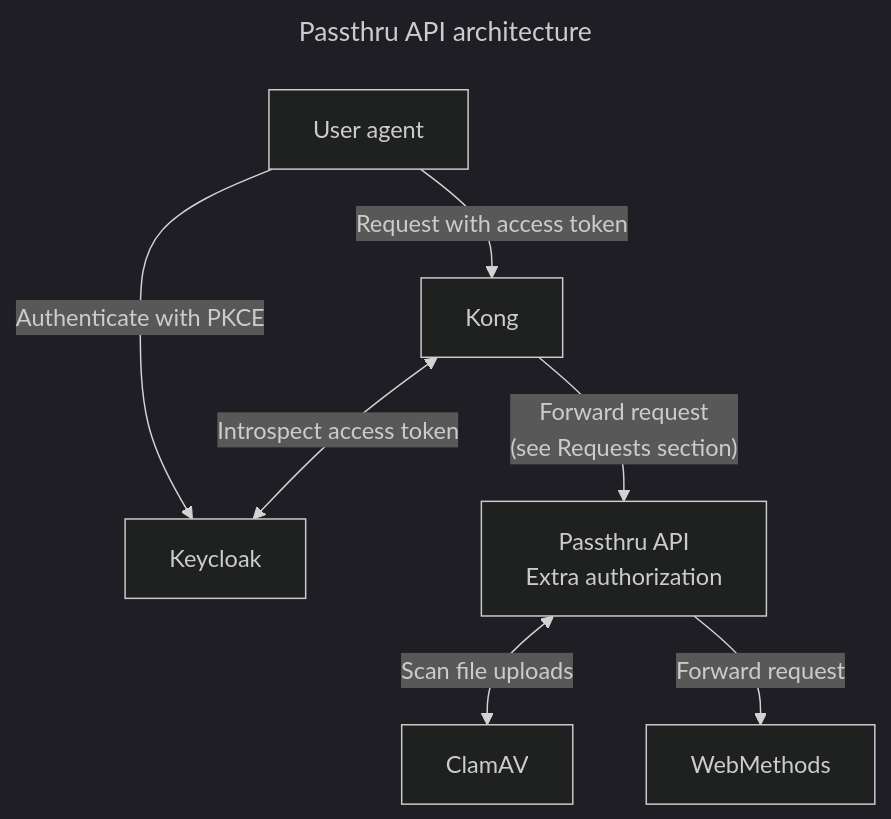
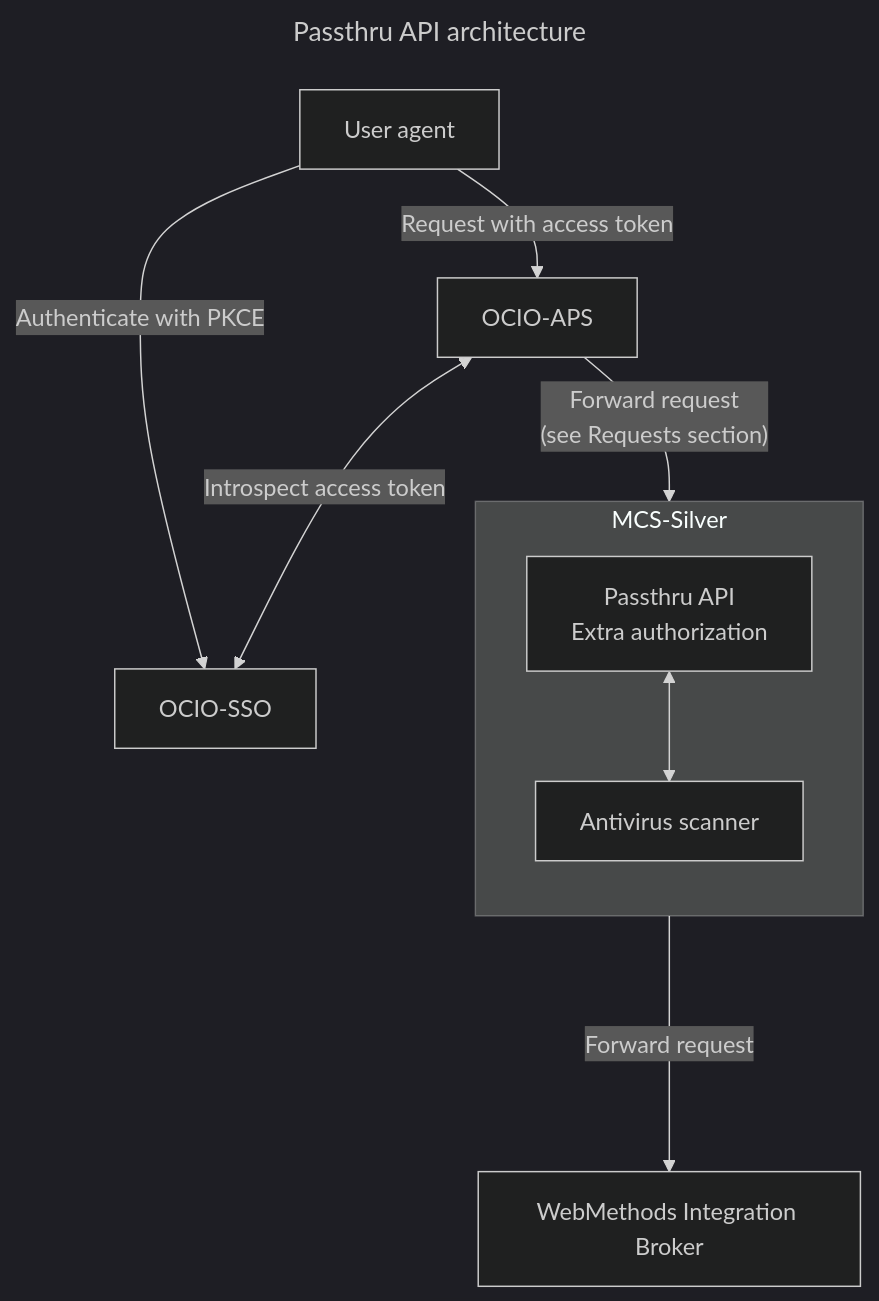
One commit to bcgov/mcfd-mobility-webmethods-passthru changed the diagram in docs/design/architecture.md. Above: the diagram before and after it, drawn with Mermaid (dark theme). The commit also changed 2 other files, not shown here.

Commit message:
Use more generic descriptions

````diff
--- a/docs/design/architecture.md
+++ b/docs/design/architecture.md
@@ -1,12 +1,24 @@
 ```mermaid
 ---
 title: Passthru API architecture
 ---
 flowchart TD
-    User[User agent] --> |Authenticate with PKCE| Keycloak
-    User --> |Request with access token| Kong
-    Kong <-- Introspect access token -->  Keycloak
-    Kong -- Forward request<br/>(see Requests section) --> Pass[Passthru API<br/>Extra authorization]
-    Pass <--> |Scan file uploads| ClamAV
-    Pass --> |Forward request| Webm[WebMethods]
+  User[User agent]
+  IdBroker[OCIO-SSO]
+  RevProxy[OCIO-APS]
+  PassApi[Passthru API<br/>Extra authorization]
+  AntiVirus[Antivirus scanner]
+  IntBroker[WebMethods Integration Broker]
+
+  User --> |Authenticate with PKCE| IdBroker
+  User --> |Request with access token| RevProxy
+  RevProxy <-- Introspect access token -->  IdBroker
+  RevProxy -- Forward request<br/>(see Requests section) --> Container
+
+  subgraph Container["MCS-Silver"]
+    direction TB
+    PassApi <--> AntiVirus
+  end
+
+  PassApi ----> |Forward request| IntBroker
 ```
````
